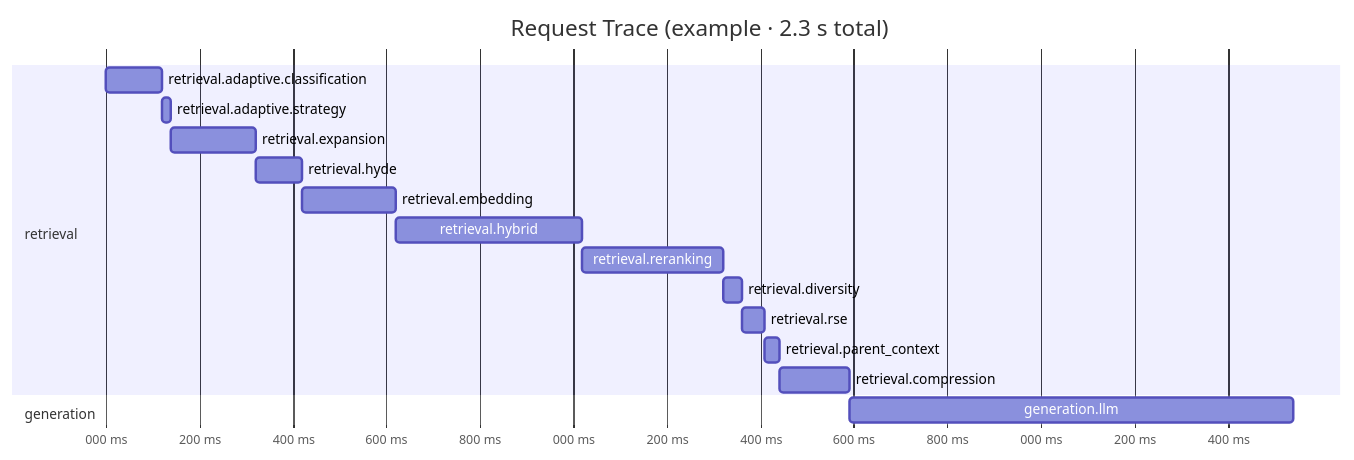
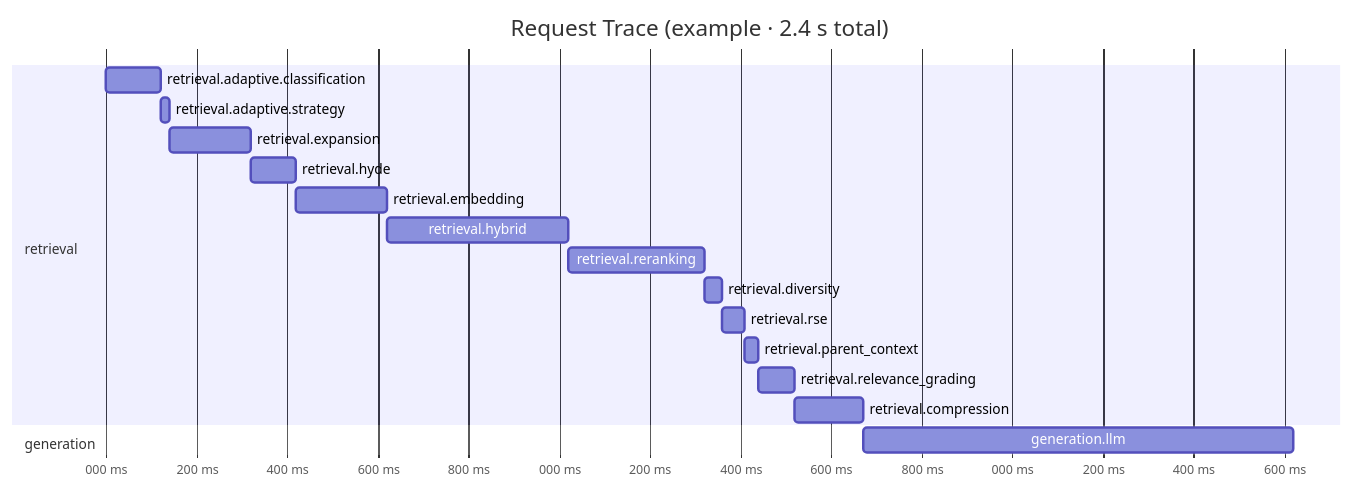
Before and after one commit to ealbertoav/rag_platform: the ninth of 10 diagrams in README.md, drawn with Mermaid. The commit also changed other lines of this file and 10 other files, not shown here.

````diff
--- a/README.md
+++ b/README.md
@@ -1633,22 +1675,23 @@
 ```mermaid
 gantt
-    title Request Trace (example · 2.3 s total)
+    title Request Trace (example · 2.4 s total)
     dateFormat  x
     axisFormat  %L ms
 
     section retrieval
     retrieval.adaptive.classification :0, 120
     retrieval.adaptive.strategy :120, 140
     retrieval.expansion    :140, 320
     retrieval.hyde         :320, 420
     retrieval.embedding    :420, 620
     retrieval.hybrid       :620, 1020
     retrieval.reranking    :1020, 1320
     retrieval.diversity    :1320, 1360
     retrieval.rse          :1360, 1410
     retrieval.parent_context :1410, 1440
-    retrieval.compression  :1440, 1590
+    retrieval.relevance_grading :1440, 1520
+    retrieval.compression  :1520, 1670
 
     section generation
-    generation.llm         :1590, 2540
+    generation.llm         :1670, 2620
 ```
````
